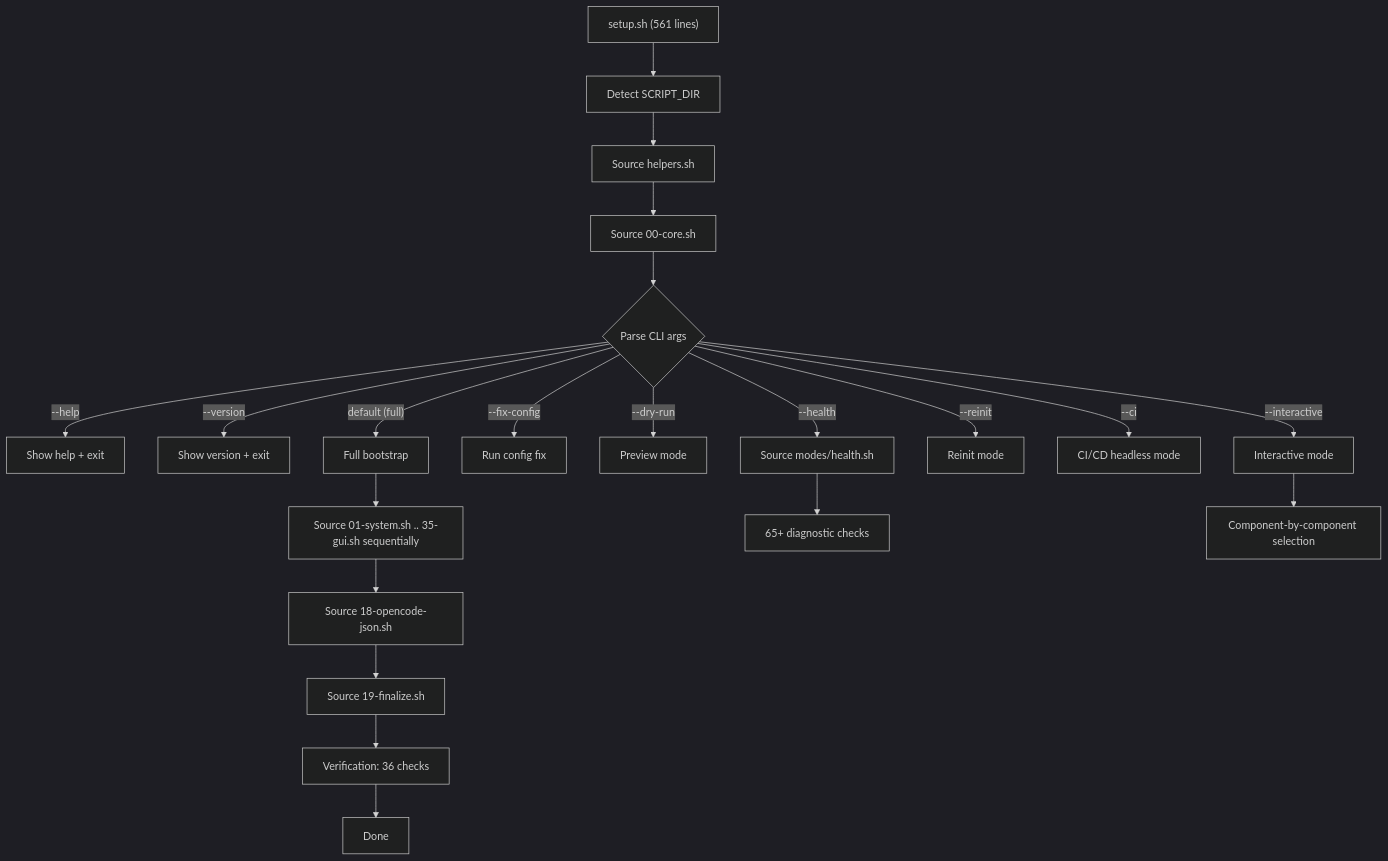
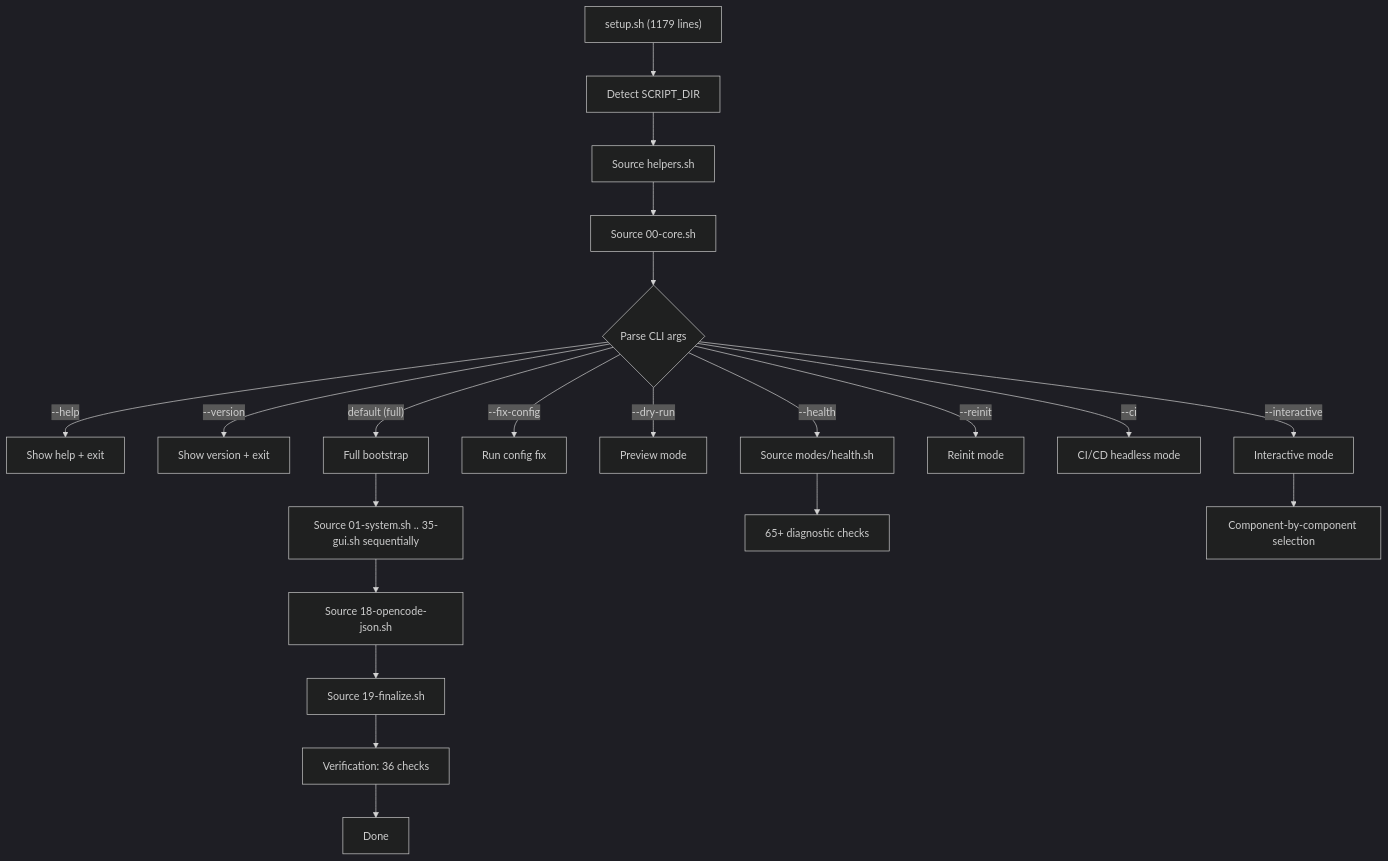
Before and after one commit to AlexanderNarbaev/opencode_initializer: the fourth of 5 diagrams in docs/architecture/index.en.md, drawn with Mermaid (dark theme). The commit also changed other lines of this file and 1 other file, not shown here.

First line of the commit message:
docs: update architecture indexes with new documentation

````diff
--- a/docs/architecture/index.en.md
+++ b/docs/architecture/index.en.md
@@ -119,25 +119,25 @@
 ```mermaid
 flowchart TD
-    A["setup.sh (561 lines)"] --> B["Detect SCRIPT_DIR"]
+    A["setup.sh (1179 lines)"] --> B["Detect SCRIPT_DIR"]
     B --> C["Source helpers.sh"]
     C --> D["Source 00-core.sh"]
     D --> E{"Parse CLI args"}
     E -->|"--help"| F["Show help + exit"]
     E -->|"--version"| G["Show version + exit"]
     E -->|"--health"| H["Source modes/health.sh"]
     E -->|"--fix-config"| I["Run config fix"]
     E -->|"--dry-run"| J["Preview mode"]
     E -->|"--interactive"| K["Interactive mode"]
     E -->|"--reinit"| L["Reinit mode"]
     E -->|"--ci"| CI["CI/CD headless mode"]
     E -->|"default (full)"| M["Full bootstrap"]
 
     M -->     N["Source 01-system.sh .. 35-gui.sh sequentially"]
     N --> O["Source 18-opencode-json.sh"]
     O --> P["Source 19-finalize.sh"]
     P --> Q["Verification: 36 checks"]
     Q --> R["Done"]
 
     H --> S["65+ diagnostic checks"]
     K --> T["Component-by-component selection"]
 ```
````
